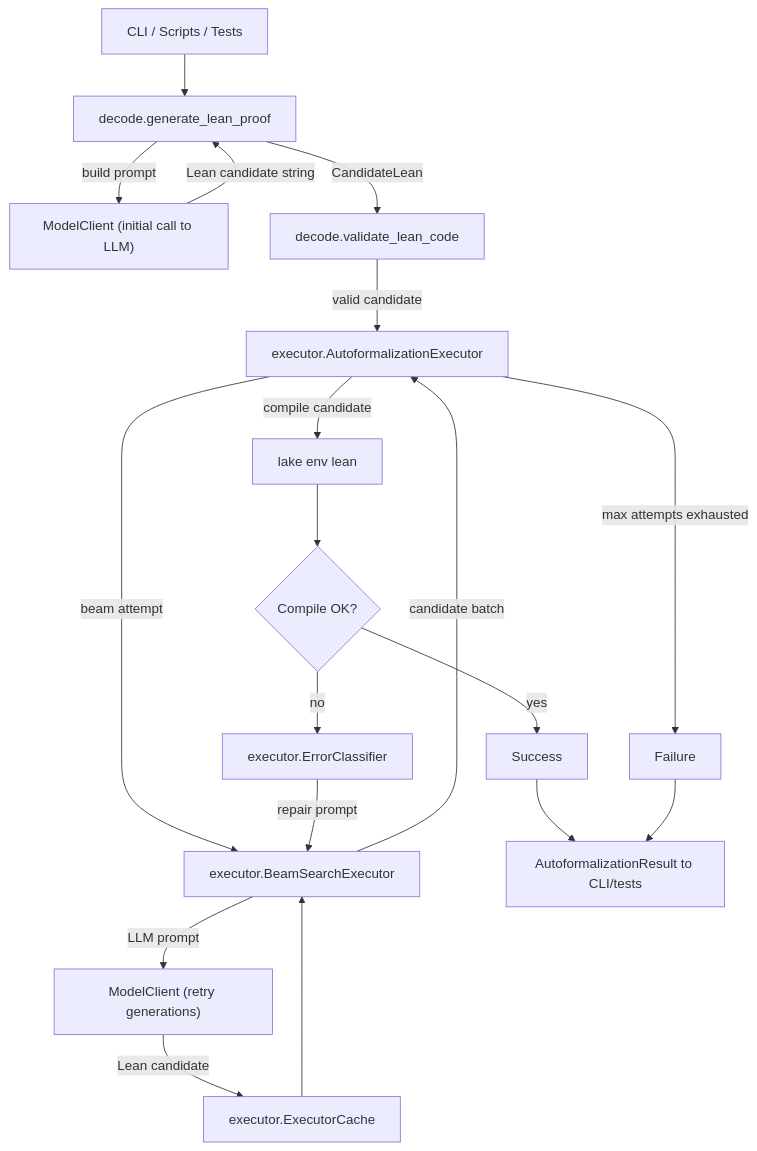
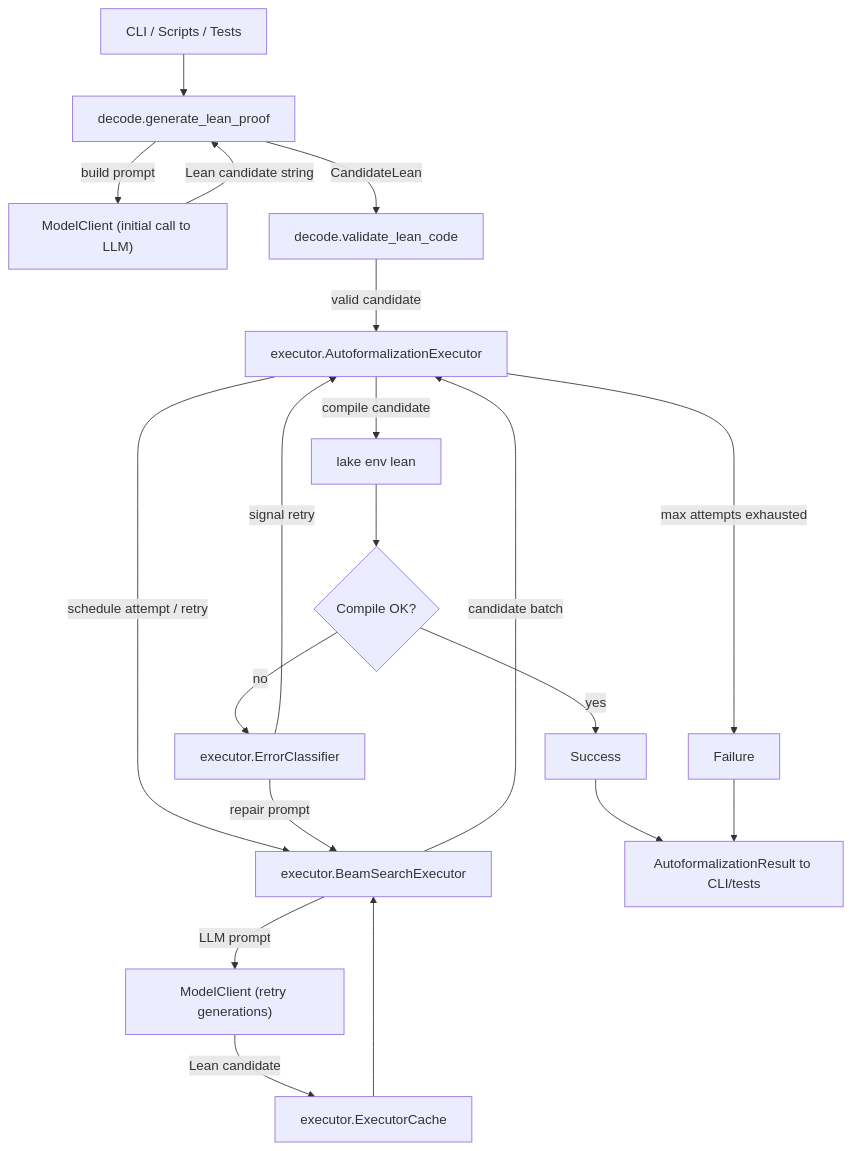
One commit to ewoodbury/lean-autoformalizer changed the first of 2 diagrams in docs/ARCHITECTURE.md. Above: the diagram before and after it, drawn with Mermaid. The commit also changed other lines of this file, not shown here.

Commit message:
Update architecture doc

````diff
--- a/docs/ARCHITECTURE.md
+++ b/docs/ARCHITECTURE.md
@@ -20,21 +20,22 @@
 ```mermaid
 flowchart TD
     user["CLI / Scripts / Tests"] --> decoder["decode.generate_lean_proof"]
     decoder -->|build prompt| llmDecode["ModelClient (initial call to LLM)"]
     llmDecode -->|Lean candidate string| decoder
     decoder -->|CandidateLean| validator["decode.validate_lean_code"]
     validator -->|valid candidate| executorLoop["executor.AutoformalizationExecutor"]
-    executorLoop -->|beam attempt| beamExec["executor.BeamSearchExecutor"]
+    executorLoop -->|schedule attempt / retry| beamExec["executor.BeamSearchExecutor"]
     beamExec -->|candidate batch| executorLoop
     beamExec -->|LLM prompt| llmBeam["ModelClient (retry generations)"]
     llmBeam -->|Lean candidate| cache["executor.ExecutorCache"]
     cache --> beamExec
     executorLoop -->|compile candidate| leanEnv["lake env lean"]
     leanEnv --> decision{Compile OK?}
     decision -->|yes| success["Success"]
     decision -->|no| errorClassifier["executor.ErrorClassifier"]
     errorClassifier -->|repair prompt| beamExec
+    errorClassifier -->|signal retry| executorLoop
     executorLoop -->|max attempts exhausted| failure["Failure"]
     success --> outputs["AutoformalizationResult to CLI/tests"]
     failure --> outputs
 ```
````
